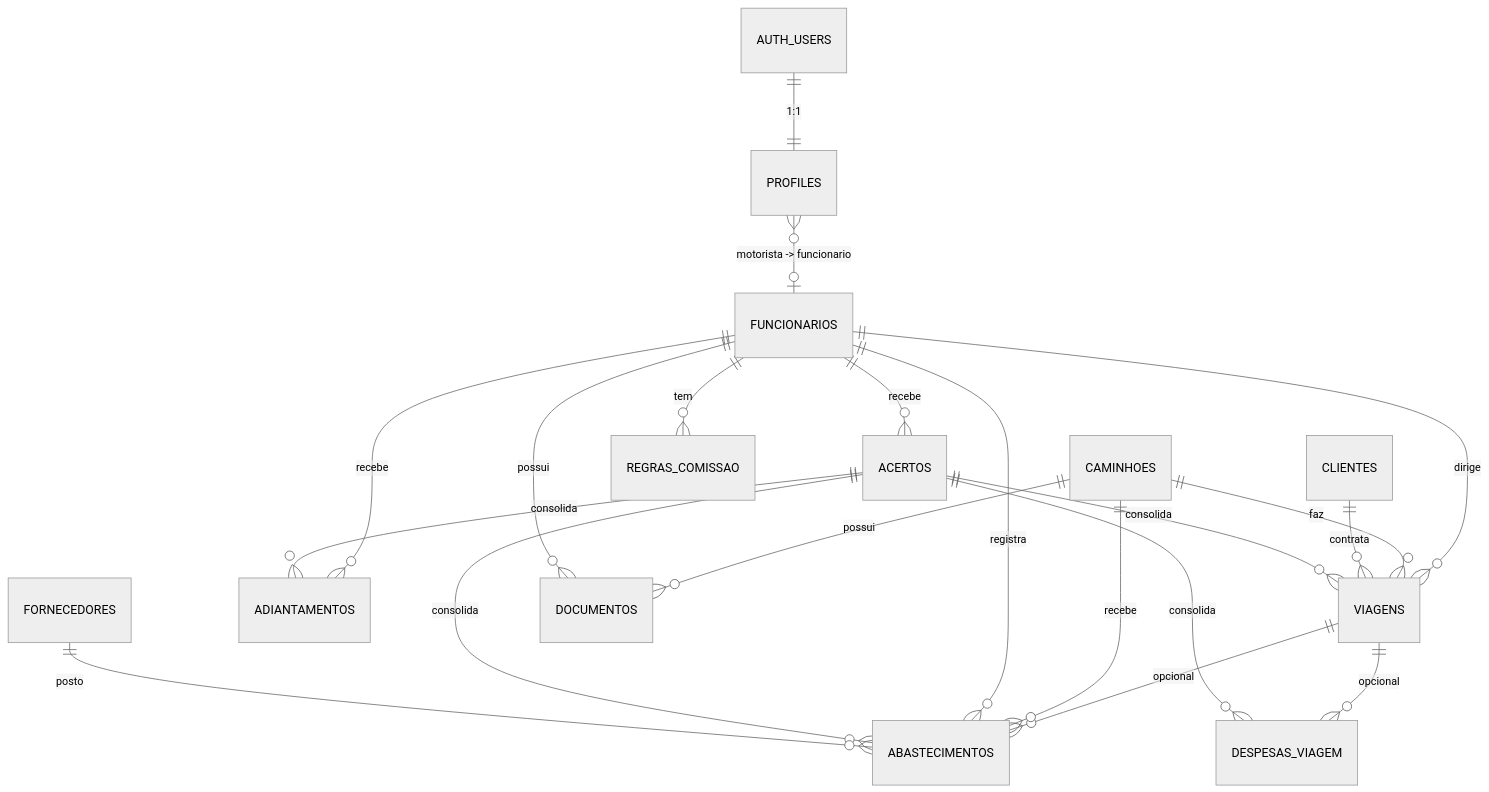
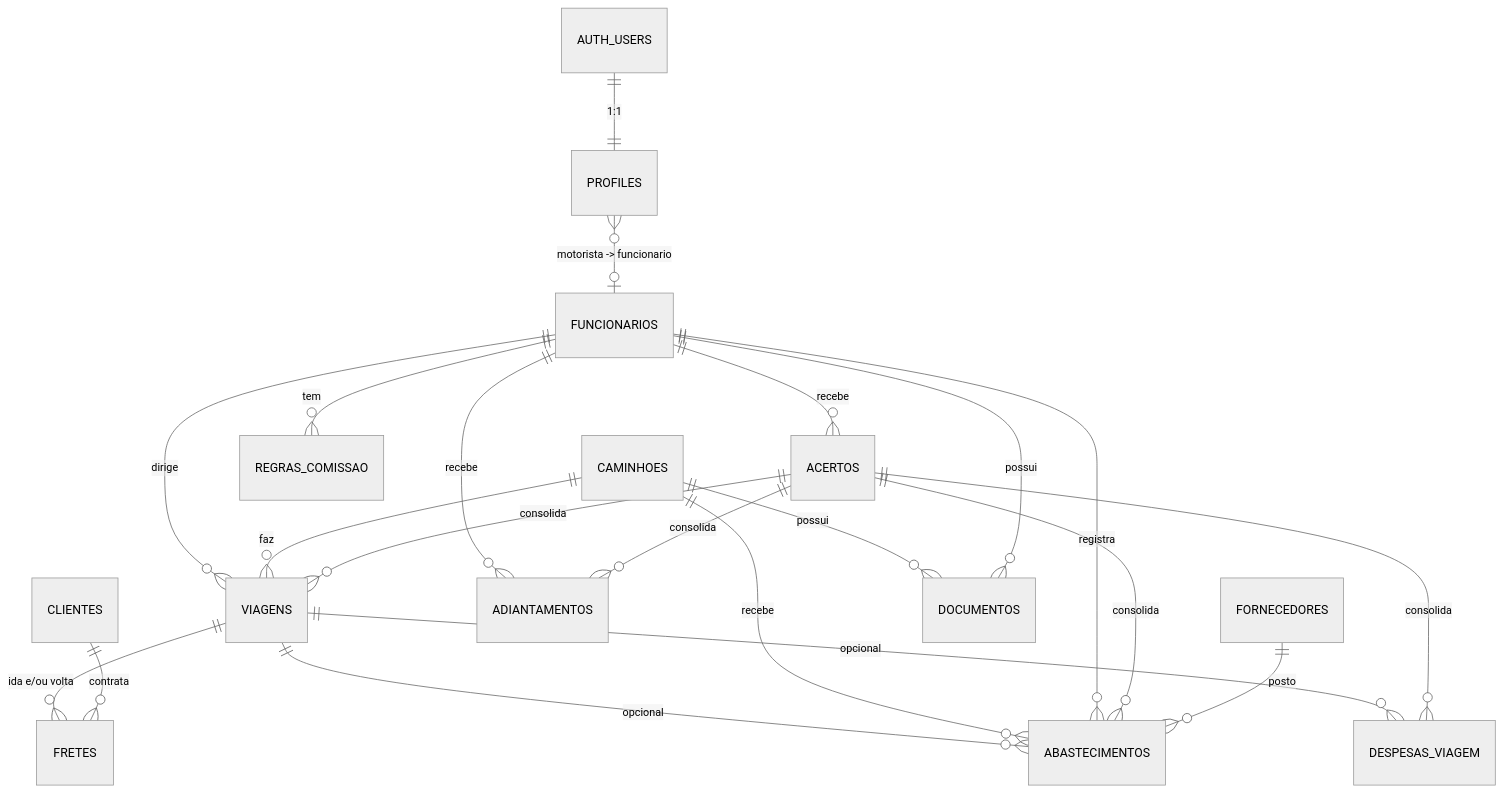
The diagram in docs/03-MODELO-DE-DADOS.md (AguiarXTech/Gest-oPR), drawn with Mermaid (neutral theme) before and after one commit. The commit also changed other lines of this file and 11 other files, not shown here.

First line of the commit message:
Muda a viagem para o ciclo de ida e volta com fretes separados por trecho

````diff
--- a/docs/03-MODELO-DE-DADOS.md
+++ b/docs/03-MODELO-DE-DADOS.md
@@ -7,22 +7,23 @@
 ```mermaid
 erDiagram
   AUTH_USERS ||--|| PROFILES : "1:1"
   PROFILES }o--o| FUNCIONARIOS : "motorista -> funcionario"
   FUNCIONARIOS ||--o{ VIAGENS : dirige
   CAMINHOES ||--o{ VIAGENS : faz
-  CLIENTES ||--o{ VIAGENS : contrata
+  VIAGENS ||--o{ FRETES : "ida e/ou volta"
+  CLIENTES ||--o{ FRETES : contrata
   VIAGENS ||--o{ ABASTECIMENTOS : "opcional"
   VIAGENS ||--o{ DESPESAS_VIAGEM : "opcional"
   CAMINHOES ||--o{ ABASTECIMENTOS : recebe
   FUNCIONARIOS ||--o{ ABASTECIMENTOS : registra
   FUNCIONARIOS ||--o{ ADIANTAMENTOS : recebe
   FUNCIONARIOS ||--o{ REGRAS_COMISSAO : tem
   FUNCIONARIOS ||--o{ ACERTOS : recebe
   ACERTOS ||--o{ VIAGENS : consolida
   ACERTOS ||--o{ ABASTECIMENTOS : consolida
   ACERTOS ||--o{ DESPESAS_VIAGEM : consolida
   ACERTOS ||--o{ ADIANTAMENTOS : consolida
   FORNECEDORES ||--o{ ABASTECIMENTOS : "posto"
   CAMINHOES ||--o{ DOCUMENTOS : possui
   FUNCIONARIOS ||--o{ DOCUMENTOS : possui
 ```
````
